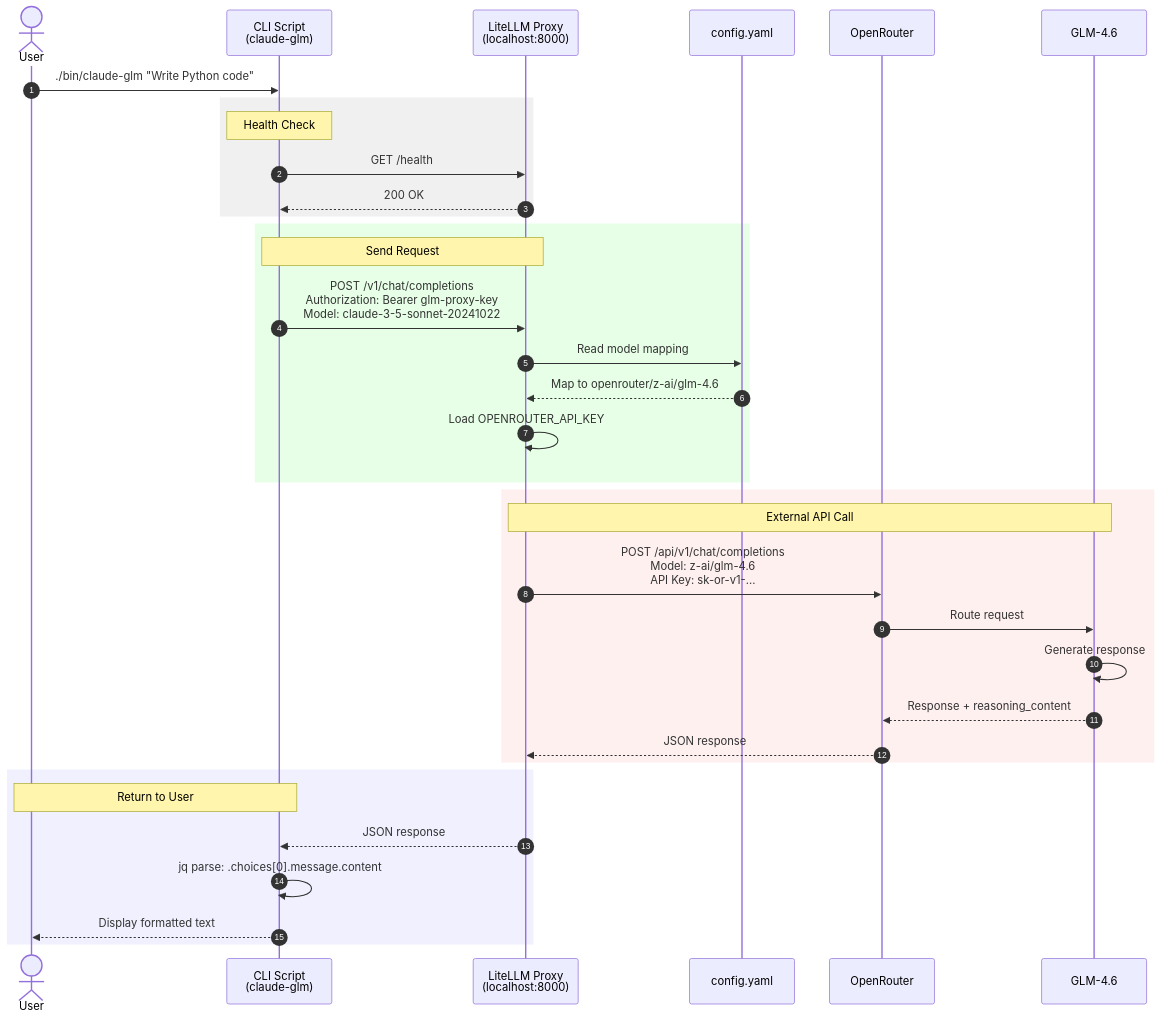
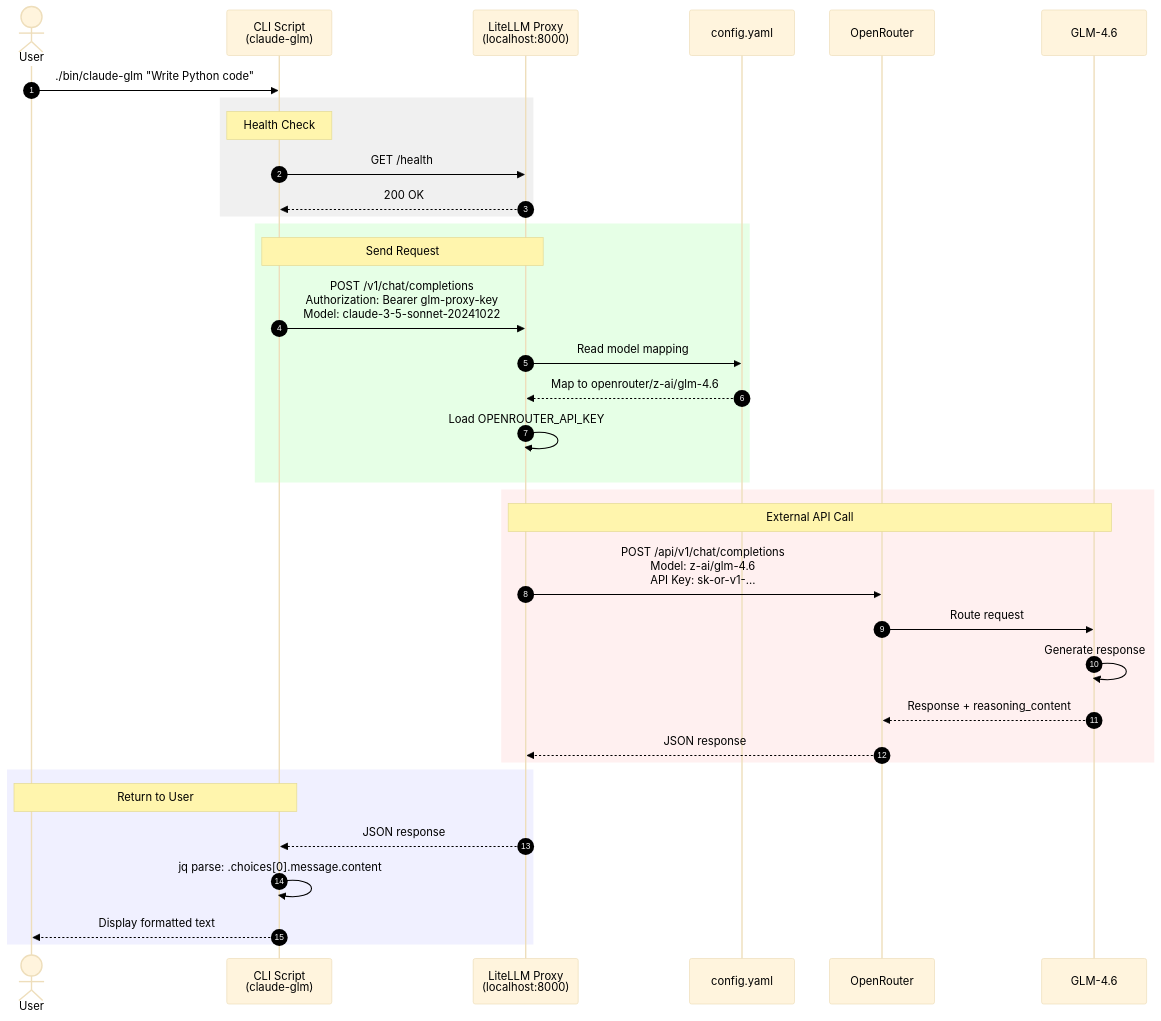
The second of 4 diagrams in README.md (arkaigrowth/glm-proxy), drawn with Mermaid before and after one commit. The commit also changed other lines of this file, not shown here.

First line of the commit message:
Fix diagram readability issues

````diff
--- a/README.md
+++ b/README.md
@@ -80,42 +82,43 @@
 ```mermaid
+%%{init: {'theme':'base', 'themeVariables': { 'actorTextColor':'#000', 'labelTextColor':'#000', 'loopTextColor':'#000', 'noteTextColor':'#000', 'activationBorderColor':'#666', 'signalColor':'#000', 'signalTextColor':'#000' }}}%%
 sequenceDiagram
     autonumber
     actor User
     participant Script as CLI Script<br/>(claude-glm)
     participant Proxy as LiteLLM Proxy<br/>(localhost:8000)
     participant Config as config.yaml
     participant OpenRouter
     participant GLM as GLM-4.6
 
     User->>Script: ./bin/claude-glm "Write Python code"
 
     rect rgb(240, 240, 240)
         Note over Script: Health Check
         Script->>Proxy: GET /health
         Proxy-->>Script: 200 OK
     end
 
     rect rgb(230, 255, 230)
         Note over Script,Proxy: Send Request
         Script->>Proxy: POST /v1/chat/completions<br/>Authorization: Bearer glm-proxy-key<br/>Model: claude-3-5-sonnet-20241022
         Proxy->>Config: Read model mapping
         Config-->>Proxy: Map to openrouter/z-ai/glm-4.6
         Proxy->>Proxy: Load OPENROUTER_API_KEY
     end
 
     rect rgb(255, 240, 240)
         Note over Proxy,GLM: External API Call
         Proxy->>OpenRouter: POST /api/v1/chat/completions<br/>Model: z-ai/glm-4.6<br/>API Key: sk-or-v1-...
         OpenRouter->>GLM: Route request
         GLM->>GLM: Generate response
         GLM-->>OpenRouter: Response + reasoning_content
         OpenRouter-->>Proxy: JSON response
     end
 
     rect rgb(240, 240, 255)
         Note over Script,User: Return to User
         Proxy-->>Script: JSON response
         Script->>Script: jq parse: .choices[0].message.content
         Script-->>User: Display formatted text
     end
 ```
````
